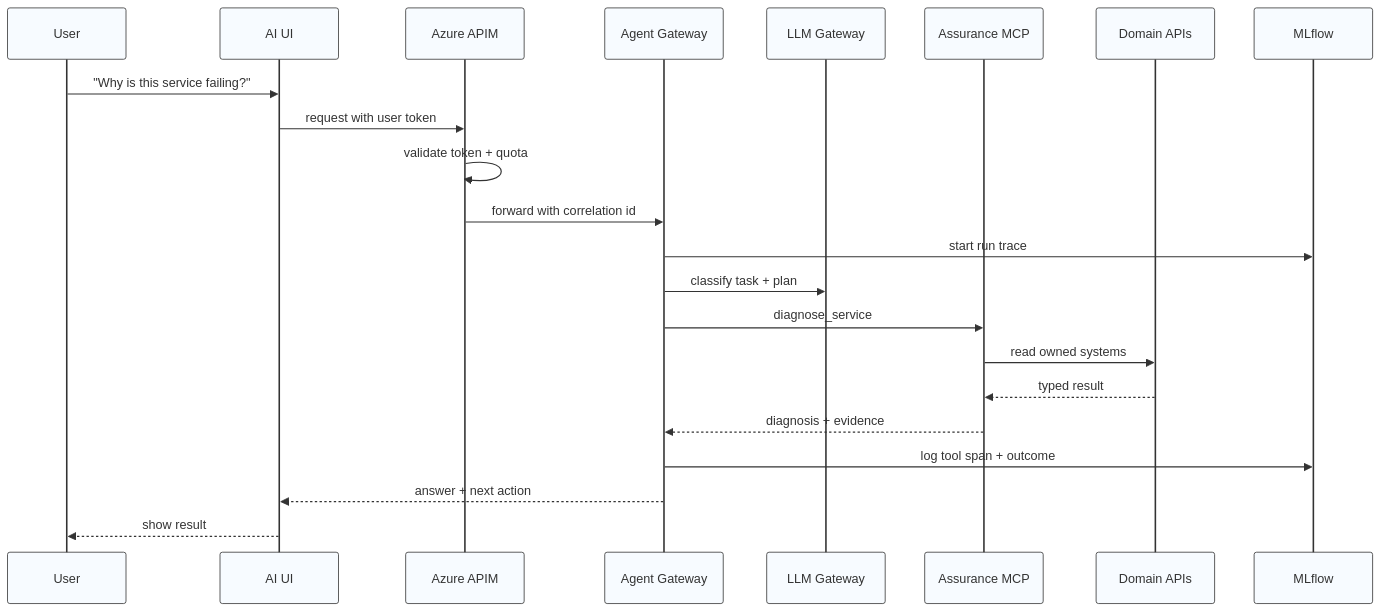
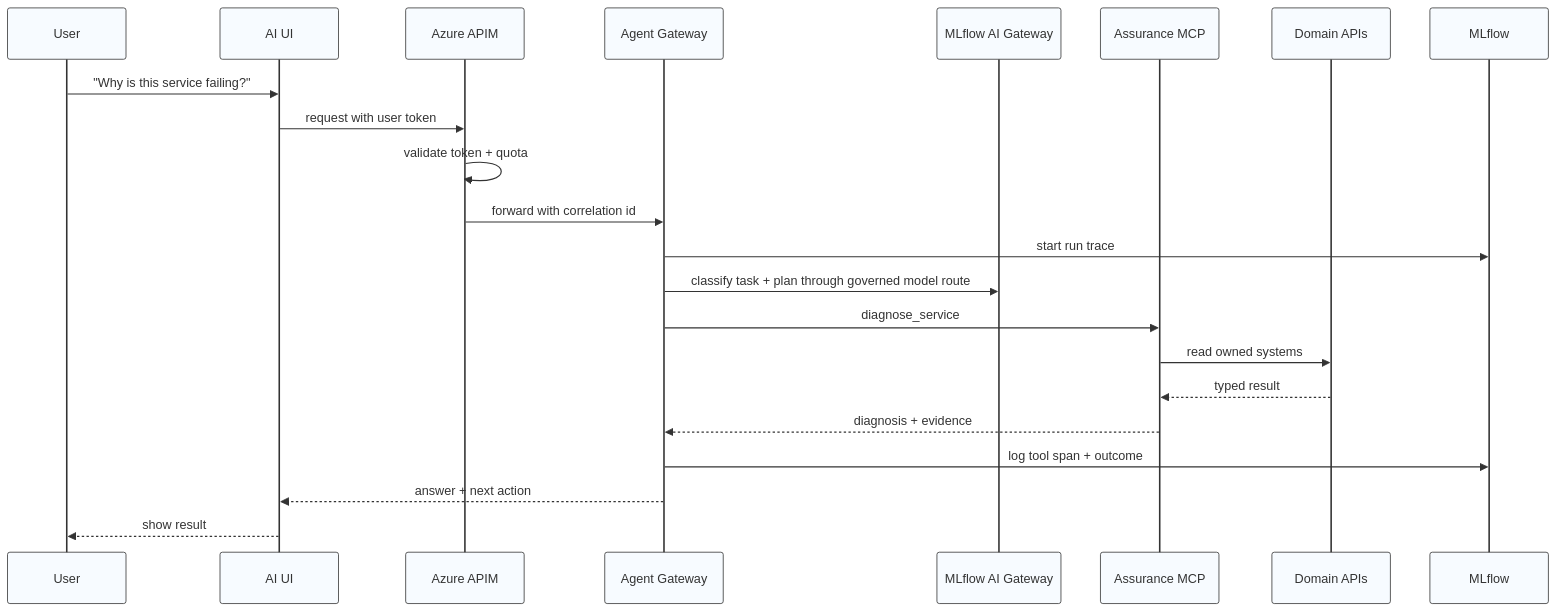
The second of 3 diagrams in src/content/blog/2026/2026-08-13-building-mcp-platform-limited-budget.mdx (nikolajflojgaard/website), drawn with Mermaid before and after one commit. The commit also changed other lines of this file, not shown here.

Commit message:
Clarify MLflow AI Gateway role

````diff
--- a/src/content/blog/2026/2026-08-13-building-mcp-platform-limited-budget.mdx
+++ b/src/content/blog/2026/2026-08-13-building-mcp-platform-limited-budget.mdx
@@ -268,26 +299,26 @@
 ```mermaid
 %%{init: {"look": "handDrawn", "theme": "base", "themeVariables": {"fontFamily": "Comic Sans MS, Virgil, Arial", "primaryColor": "#f7fbff", "primaryBorderColor": "#333", "lineColor": "#333"}}}%%
 sequenceDiagram
   participant User
   participant UI as AI UI
   participant APIM as Azure APIM
   participant AG as Agent Gateway
-  participant LLM as LLM Gateway
+  participant LLM as MLflow AI Gateway
   participant MCP as Assurance MCP
   participant API as Domain APIs
   participant Trace as MLflow
 
   User->>UI: "Why is this service failing?"
   UI->>APIM: request with user token
   APIM->>APIM: validate token + quota
   APIM->>AG: forward with correlation id
   AG->>Trace: start run trace
-  AG->>LLM: classify task + plan
+  AG->>LLM: classify task + plan through governed model route
   AG->>MCP: diagnose_service
   MCP->>API: read owned systems
   API-->>MCP: typed result
   MCP-->>AG: diagnosis + evidence
   AG->>Trace: log tool span + outcome
   AG-->>UI: answer + next action
   UI-->>User: show result
 ```
````
